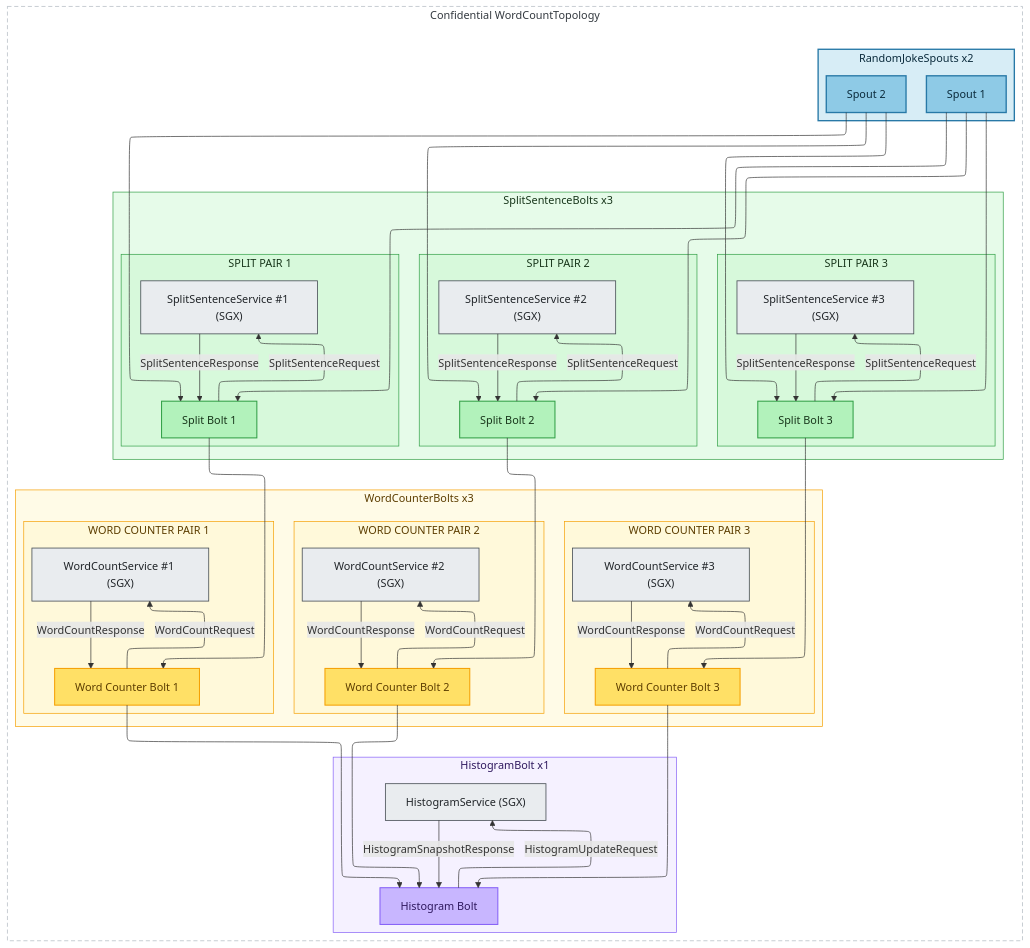
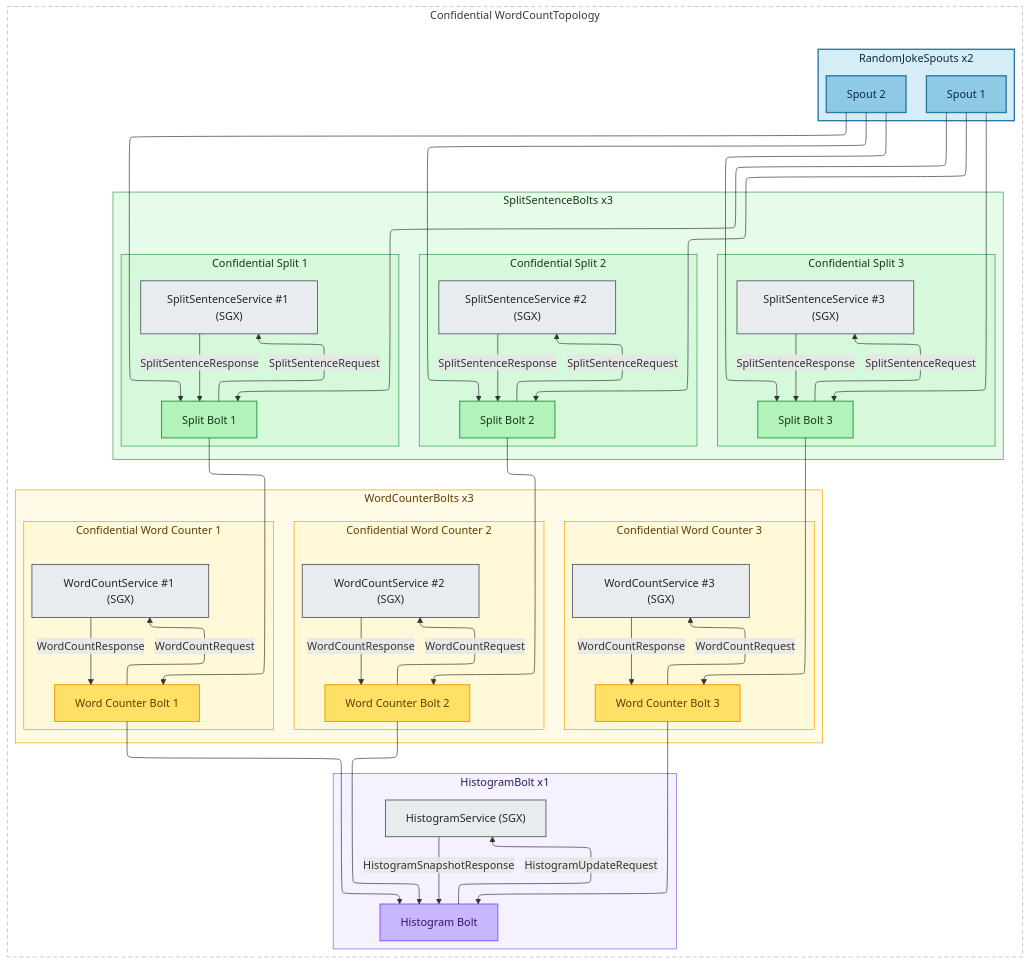
One commit to lucadibello/confidential-storm changed the diagram in assets/diagram.mmd. Above: the diagram before and after it, drawn with Mermaid. The commit also changed 1 other file, not shown here.

```diff
--- a/assets/diagram.mmd
+++ b/assets/diagram.mmd
@@ -1,143 +1,143 @@
 %%{init: {"flowchart": {"defaultRenderer": "elk","elk": {
   "direction": "DOWN",
   "alignment": "CENTER",
   'mergeEdges': true,
   'nodePlacementStrategy': "LINEAR_SEGMENTS"
 }}}}%%
 flowchart TB
 
   %% ===== PIPELINE WRAPPER (helps center layout) =====
   subgraph Pipeline["Confidential WordCountTopology"]
     direction TB
     %% ===== RANDOM JOKE SPOUTS (stage 1) =====
     subgraph R["RandomJokeSpouts x2"]
       direction TB
       R1["Spout 1"]:::spoutNode
       R2["Spout 2"]:::spoutNode
     end
     class R groupSpout
 
 
     %% ===== SPLIT SENTENCE (stage 2) =====
     subgraph S["SplitSentenceBolts x3"]
       direction TB
 
-      subgraph S1Grp["SPLIT PAIR 1"]
+      subgraph S1Grp["Confidential Split 1"]
         direction TB
         S1["Split Bolt 1"]:::splitBolt
         SE1["SplitSentenceService #1 (SGX)"]:::enclaveNode
         S1 -- "SplitSentenceRequest" --> SE1
         SE1 -- "SplitSentenceResponse" --> S1
       end
       class S1Grp pairSplit
 
-      subgraph S2Grp["SPLIT PAIR 2"]
+      subgraph S2Grp["Confidential Split 2"]
         direction TB
         S2["Split Bolt 2"]:::splitBolt
         SE2["SplitSentenceService #2 (SGX)"]:::enclaveNode
         S2 -- "SplitSentenceRequest" --> SE2
         SE2 -- "SplitSentenceResponse" --> S2
       end
       class S2Grp pairSplit
 
-      subgraph S3Grp["SPLIT PAIR 3"]
+      subgraph S3Grp["Confidential Split 3"]
         direction TB
         S3["Split Bolt 3"]:::splitBolt
         SE3["SplitSentenceService #3 (SGX)"]:::enclaveNode
         S3 -- "SplitSentenceRequest" --> SE3
         SE3 -- "SplitSentenceResponse" --> S3
       end
       class S3Grp pairSplit
 
     end
     class S groupSplit
 
 
     %% ===== WORD COUNTER (stage 3) =====
     subgraph W["WordCounterBolts x3"]
       direction TB
 
-      subgraph W1Grp["WORD COUNTER PAIR 1"]
+      subgraph W1Grp["Confidential Word Counter 1"]
         direction TB
         W1["Word Counter Bolt 1"]:::wordBolt
         WE1["WordCountService #1 (SGX)"]:::enclaveNode
         W1 -- "WordCountRequest" --> WE1
         WE1 -- "WordCountResponse" --> W1
       end
       class W1Grp pairWord
 
-      subgraph W2Grp["WORD COUNTER PAIR 2"]
+      subgraph W2Grp["Confidential Word Counter 2"]
         direction TB
         W2["Word Counter Bolt 2"]:::wordBolt
         WE2["WordCountService #2 (SGX)"]:::enclaveNode
         W2 -- "WordCountRequest" --> WE2
         WE2 -- "WordCountResponse" --> W2
       end
       class W2Grp pairWord
 
-      subgraph W3Grp["WORD COUNTER PAIR 3"]
+      subgraph W3Grp["Confidential Word Counter 3"]
         direction TB
         W3["Word Counter Bolt 3"]:::wordBolt
         WE3["WordCountService #3 (SGX)"]:::enclaveNode
         W3 -- "WordCountRequest" --> WE3
         WE3 -- "WordCountResponse" --> W3
       end
       class W3Grp pairWord
 
     end
     class W groupWord
 
 
     %% ===== HISTOGRAM (stage 4) =====
     subgraph H["HistogramBolt x1"]
       direction TB
       H1["Histogram Bolt"]:::histBolt
       HE["HistogramService (SGX)"]:::enclaveNode
       H1 -- "HistogramUpdateRequest" --> HE
       HE -- "HistogramSnapshotResponse" --> H1
     end
     class H groupHist
     class H pairHist
 
 
     %% ===== PIPELINE FLOW =====
     R1 --> S1
     R1 --> S2
     R1 --> S3
 
     R2 --> S1
     R2 --> S2
     R2 --> S3
 
     S1 --> W1
     S2 --> W2
     S3 --> W3
 
     W1 --> H1
     W2 --> H1
     W3 --> H1
   end
   class Pipeline pipelineFrame
 
   %% ===== STYLING =====
   %% Node styles share the same palette as their subgraph backgrounds
   classDef spoutNode fill:#8ecae6,stroke:#2879a7,color:#0b2b3c,stroke-width:2px;
   classDef splitBolt fill:#b2f2bb,stroke:#2f9e44,color:#18361b,stroke-width:1.5px;
   classDef wordBolt fill:#ffe066,stroke:#f59f00,color:#5c3d00,stroke-width:1.5px;
   classDef histBolt fill:#c8b6ff,stroke:#845ef7,color:#2f195f,stroke-width:1.5px;
   classDef enclaveNode fill:#e9ecef,stroke:#495057,color:#212529,stroke-width:1.2px;
   classDef pipelineFrame fill:none,stroke:#adb5bd,stroke-width:1px,stroke-dasharray:6 4,color:#343a40,padding-top:5px;
 
   %% Subgraph backgrounds – translucent fills highlight each bolt family
   style R fill:#8ecae6,fill-opacity:0.35,stroke:#2879a7,stroke-width:2px,color:#0b2b3c,padding:18px
   style S fill:#b2f2bb,fill-opacity:0.32,stroke:#2f9e44,stroke-width:1px,color:#18361b,padding:18px
   style S1Grp fill:#b2f2bb,fill-opacity:0.3,stroke:#2f9e44,color:#18361b,padding:12px
   style S2Grp fill:#b2f2bb,fill-opacity:0.3,stroke:#2f9e44,color:#18361b,padding:12px
   style S3Grp fill:#b2f2bb,fill-opacity:0.3,stroke:#2f9e44,color:#18361b,padding:12px
 
   style W fill:#fff3bf,fill-opacity:0.38,stroke:#f59f00,stroke-width:1px,color:#5c3d00,padding:18px
   style W1Grp fill:#fff3bf,fill-opacity:0.35,stroke:#f59f00,color:#5c3d00,padding:12px
   style W2Grp fill:#fff3bf,fill-opacity:0.35,stroke:#f59f00,color:#5c3d00,padding:12px
   style W3Grp fill:#fff3bf,fill-opacity:0.35,stroke:#f59f00,color:#5c3d00,padding:12px
 
   style H fill:#e5dbff,fill-opacity:0.4,stroke:#845ef7,stroke-width:1px,color:#2f195f,padding:18px
```
